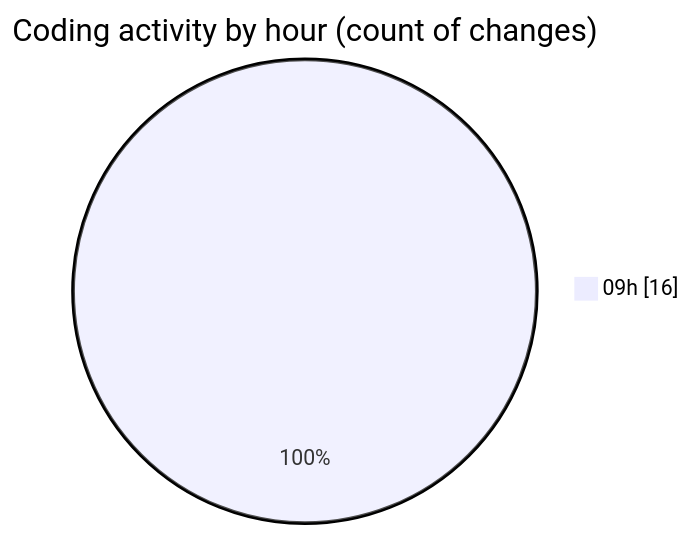
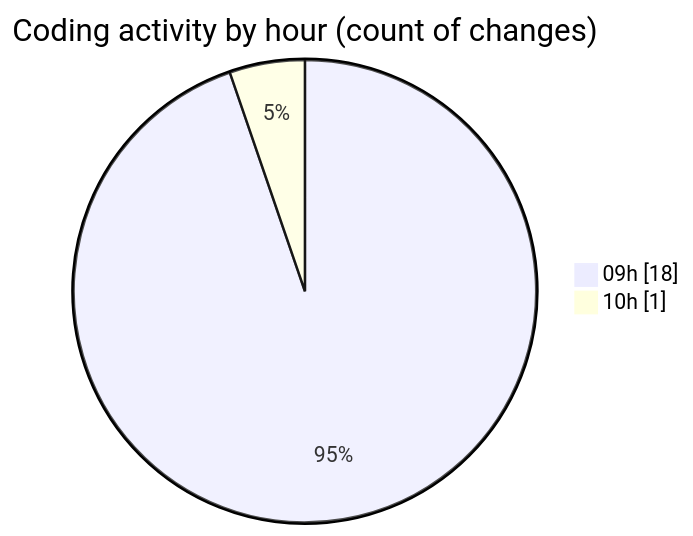
Before and after one commit to momahboobian/code-tracking: the second of 2 diagrams in 2025-03-21/cda/README.md, drawn with Mermaid. The commit also changed other lines of this file and 1 other file, not shown here.

````diff
--- a/2025-03-21/cda/README.md
+++ b/2025-03-21/cda/README.md
@@ -32,5 +32,6 @@
 ```mermaid
 pie showData
 title Coding activity by hour (count of changes)
-"09h" : 16
+"09h" : 18
+"10h" : 1
 ```
````
